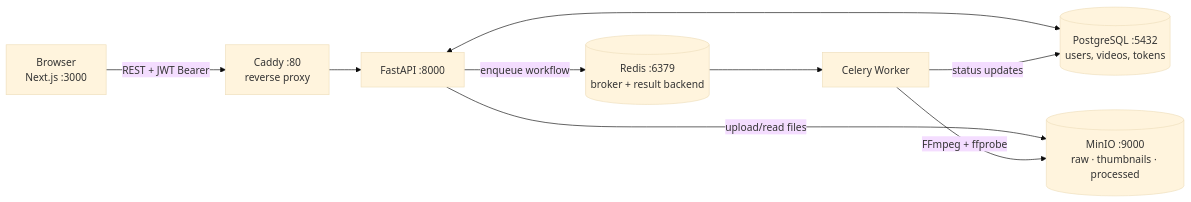
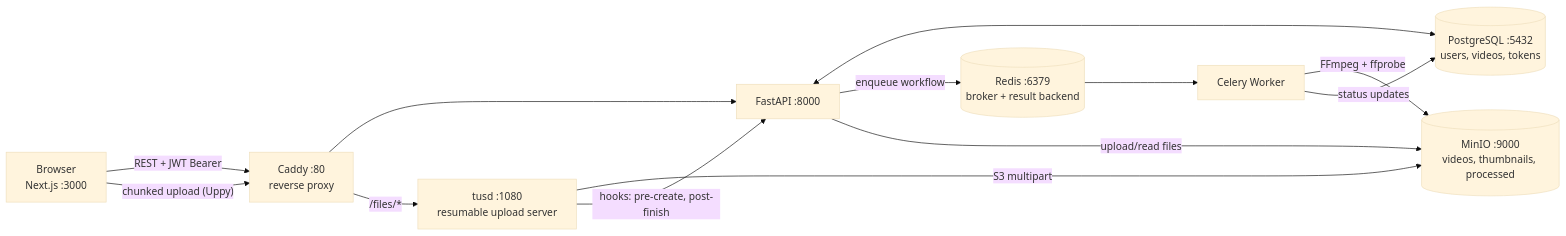
The diagram in docs/01_PROJECT_OVERVIEW.md (Suman196pokhrel/vod-app), drawn with Mermaid (base theme) before and after one commit. The commit also changed other lines of this file and 30 other files, not shown here.

````diff
--- a/docs/01_PROJECT_OVERVIEW.md
+++ b/docs/01_PROJECT_OVERVIEW.md
@@ -19,19 +19,24 @@
 ```mermaid
 flowchart LR
     Browser["Browser<br/>Next.js :3000"]
     Caddy["Caddy :80<br/>reverse proxy"]
     API["FastAPI :8000"]
     DB[("PostgreSQL :5432<br/>users, videos, tokens")]
     Redis[("Redis :6379<br/>broker + result backend")]
     Worker["Celery Worker"]
-    MinIO[("MinIO :9000<br/>raw · thumbnails · processed")]
+    MinIO[("MinIO :9000<br/>videos, thumbnails, processed")]
+    Tusd["tusd :1080<br/>resumable upload server"]
 
     Browser -- "REST + JWT Bearer" --> Caddy
     Caddy --> API
+    Caddy -- "/files/*" --> Tusd
+    Browser -- "chunked upload (Uppy)" --> Caddy
+    Tusd -- "S3 multipart" --> MinIO
+    Tusd -- "hooks: pre-create, post-finish" --> API
     API <--> DB
     API -- "enqueue workflow" --> Redis
     API -- "upload/read files" --> MinIO
     Redis --> Worker
     Worker -- "FFmpeg + ffprobe" --> MinIO
     Worker -- "status updates" --> DB
 ```
````
